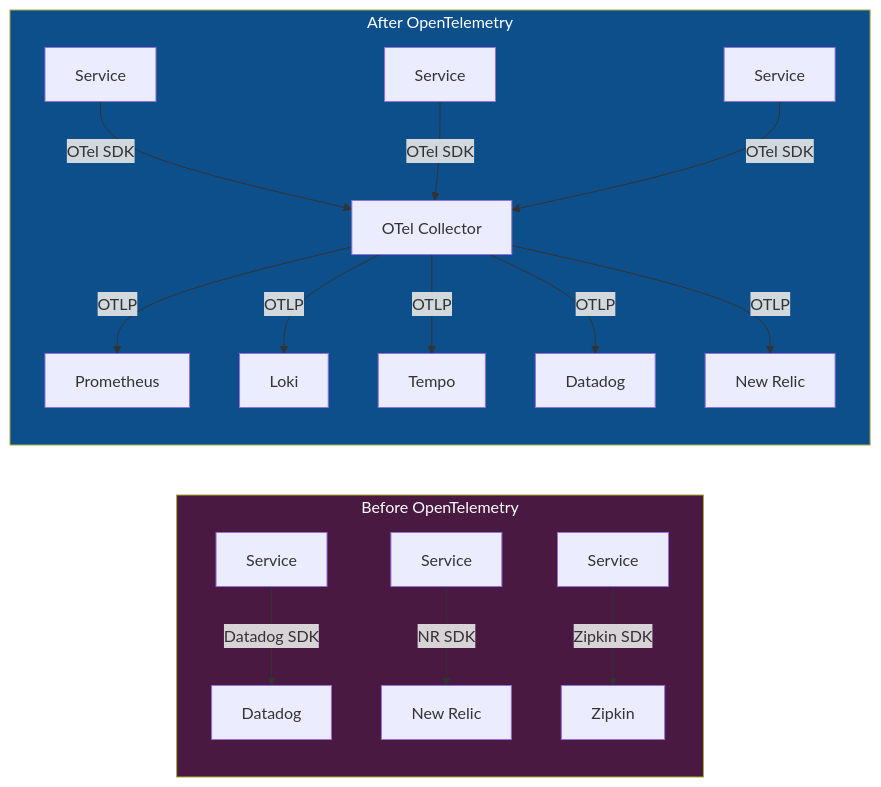
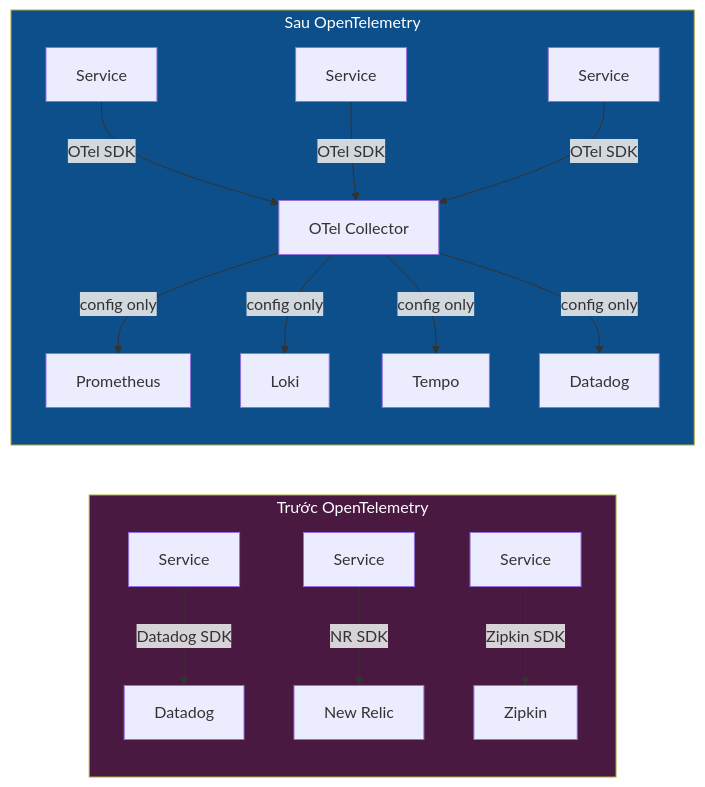
Before and after one commit to XUanhoa04/aiops-engineering-handbook: the first of 4 diagrams in docs/vi/02-opentelemetry/README.vi.md, drawn with Mermaid. The commit also changed other lines of this file and 3 other files, not shown here.

````diff
--- a/docs/vi/02-opentelemetry/README.vi.md
+++ b/docs/vi/02-opentelemetry/README.vi.md
@@ -82,22 +71,21 @@
 ```mermaid
 graph LR
-    subgraph Before["Before OpenTelemetry"]
+    subgraph Before["Trước OpenTelemetry"]
         A1[Service] -->|Datadog SDK| DD[Datadog]
         A2[Service] -->|NR SDK| NR[New Relic]
         A3[Service] -->|Zipkin SDK| ZP[Zipkin]
     end
 
-    subgraph After["After OpenTelemetry"]
+    subgraph After["Sau OpenTelemetry"]
         B1[Service] -->|OTel SDK| COL[OTel Collector]
         B2[Service] -->|OTel SDK| COL
         B3[Service] -->|OTel SDK| COL
-        COL -->|OTLP| P[Prometheus]
-        COL -->|OTLP| L[Loki]
-        COL -->|OTLP| T[Tempo]
-        COL -->|OTLP| DD2[Datadog]
-        COL -->|OTLP| NR2[New Relic]
+        COL -->|config only| P[Prometheus]
+        COL -->|config only| L[Loki]
+        COL -->|config only| T[Tempo]
+        COL -->|config only| DD2[Datadog]
     end
 
     style Before fill:#4a1942,color:#fff
     style After fill:#0d4f8b,color:#fff
 ```
````
